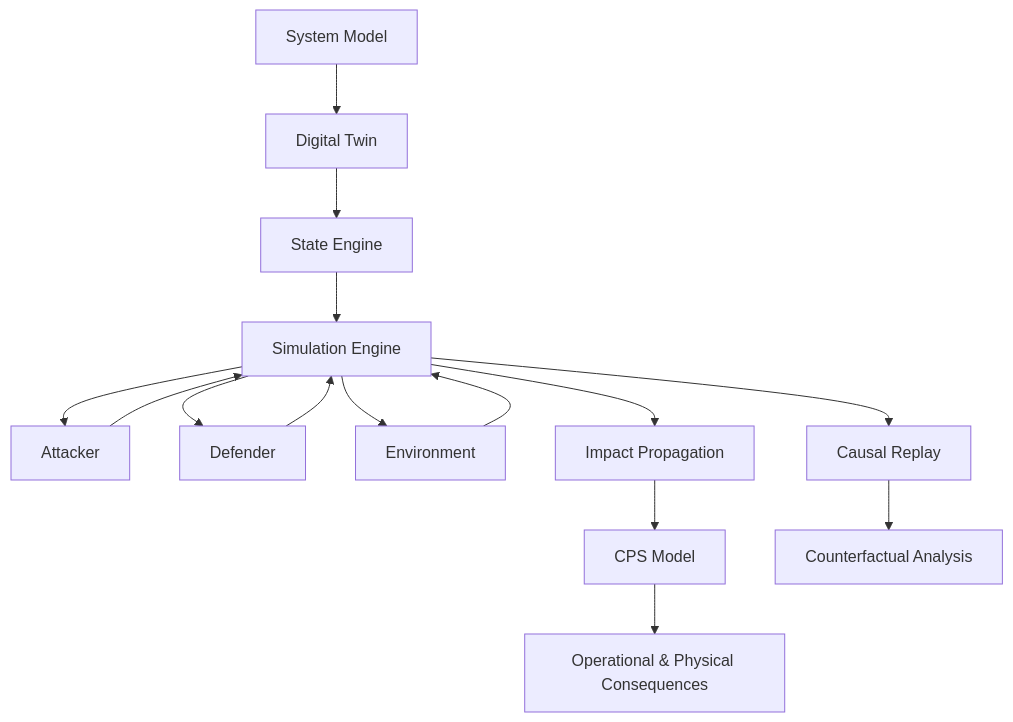
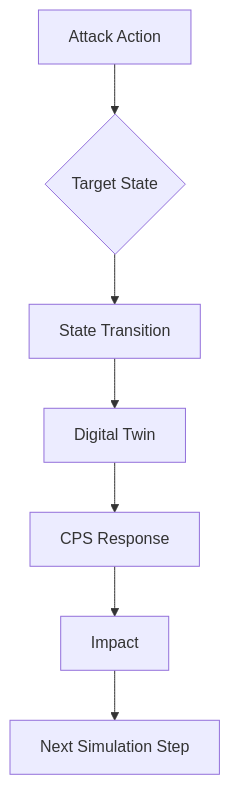
The seventh of 12 diagrams in README.md (Anushree401/DT-CyberTwin), drawn with Mermaid before and after one commit. The commit also changed other lines of this file, not shown here.

````diff
--- a/README.md
+++ b/README.md
@@ -76,21 +341,10 @@
 ```mermaid
-flowchart TB
-    A[System Model] --> B[Digital Twin]
-    B --> C[State Engine]
-    C --> D[Simulation Engine]
+flowchart TD
 
-    D --> E[Attacker]
-    D --> F[Defender]
-    D --> G[Environment]
-
-    E --> D
-    F --> D
-    G --> D
-
-    D --> H[Impact Propagation]
-    H --> I[CPS Model]
-    I --> J[Operational & Physical Consequences]
-
-    D --> K[Causal Replay]
-    K --> L[Counterfactual Analysis]
+    A[Attack Action] --> B{Target State}
+    B --> C[State Transition]
+    C --> D[Digital Twin]
+    D --> E[CPS Response]
+    E --> F[Impact]
+    F --> G[Next Simulation Step]
 ```
````
